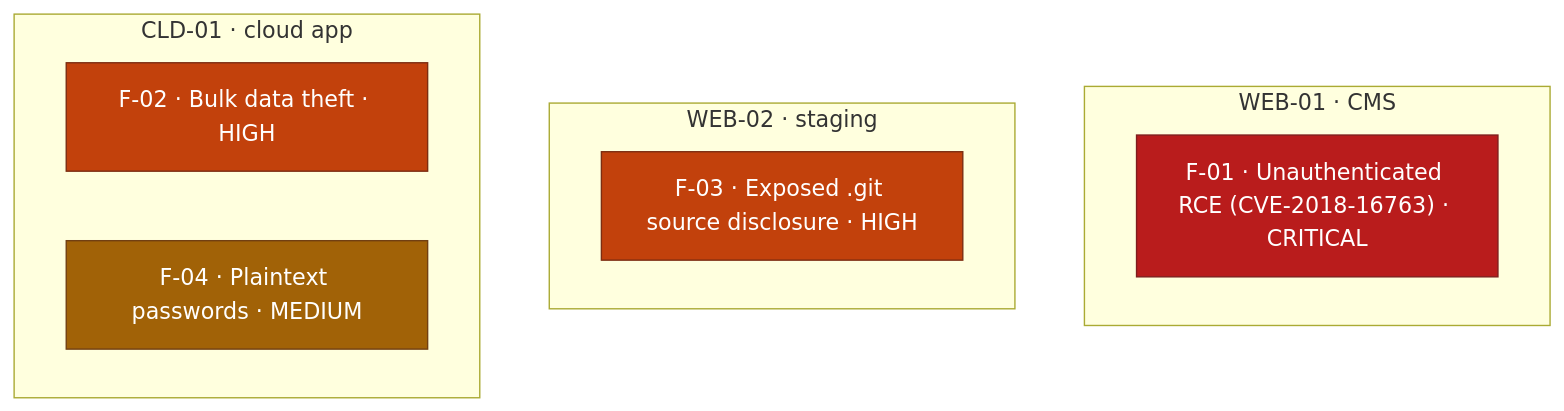
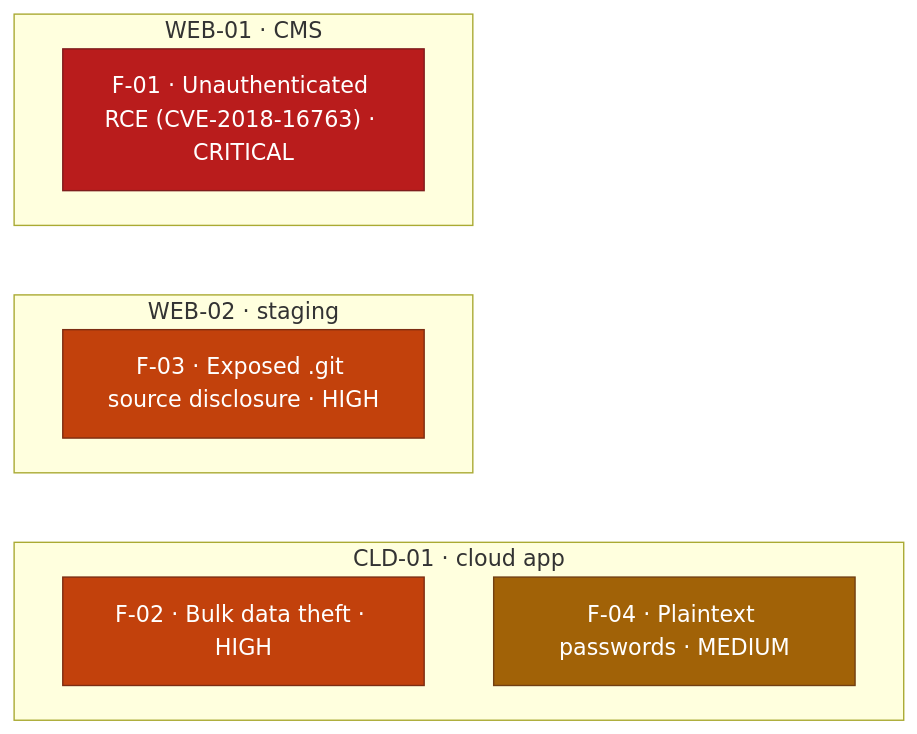
The diagram in reports/lab-assessment-2026-08.md (ouroboros-white/cybersecurity-portfolio), drawn with Mermaid before and after one commit. The commit also changed other lines of this file, not shown here.

````diff
--- a/reports/lab-assessment-2026-08.md
+++ b/reports/lab-assessment-2026-08.md
@@ -66,19 +66,21 @@
 ```mermaid
 flowchart TD
     subgraph WEB01["WEB-01 · CMS"]
       A1["F-01 · Unauthenticated RCE (CVE-2018-16763) · CRITICAL"]
     end
     subgraph WEB02["WEB-02 · staging"]
       A3["F-03 · Exposed .git source disclosure · HIGH"]
     end
     subgraph CLD01["CLD-01 · cloud app"]
       A2["F-02 · Bulk data theft · HIGH"]
       A4["F-04 · Plaintext passwords · MEDIUM"]
     end
+    A1 ~~~ A3
+    A3 ~~~ A2
     classDef crit fill:#b91c1c,stroke:#7f1d1d,color:#ffffff;
     classDef high fill:#c2410c,stroke:#7c2d12,color:#ffffff;
     classDef med fill:#a16207,stroke:#713f12,color:#ffffff;
     class A1 crit;
     class A2,A3 high;
     class A4 med;
 ```
````
